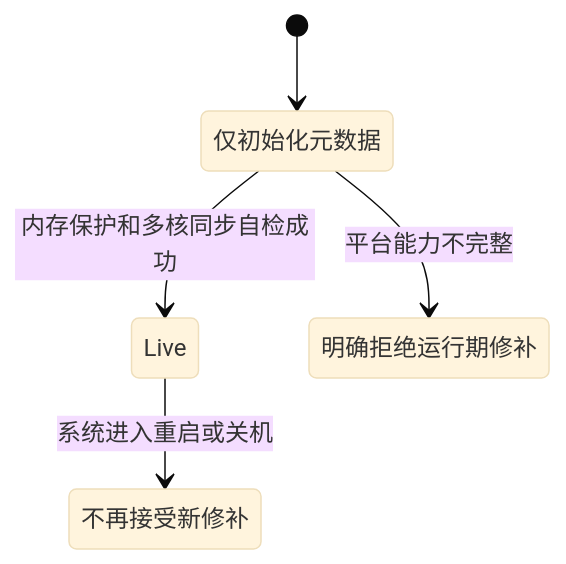
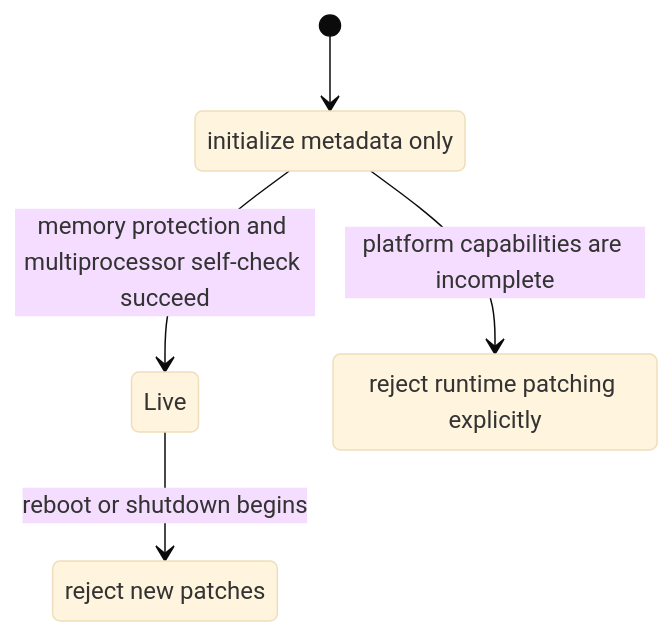
The third of 3 diagrams in docs/kernel/trace/text_patching.md (DragonOS-Community/DragonOS), drawn with Mermaid (base theme) before and after one commit. The commit also changed other lines of this file and 2058 other files, not shown here.

````diff
--- a/docs/kernel/trace/text_patching.md
+++ b/docs/kernel/trace/text_patching.md
@@ -149,10 +156,10 @@
 ```mermaid
 stateDiagram-v2
     [*] --> Early
-    Early: 仅初始化元数据
-    Early --> Live: 内存保护和多核同步自检成功
-    Early --> Unavailable: 平台能力不完整
-    Live --> Quiesced: 系统进入重启或关机
-    Quiesced: 不再接受新修补
-    Unavailable: 明确拒绝运行期修补
+    Early: initialize metadata only
+    Early --> Live: memory protection and multiprocessor self-check succeed
+    Early --> Unavailable: platform capabilities are incomplete
+    Live --> Quiesced: reboot or shutdown begins
+    Quiesced: reject new patches
+    Unavailable: reject runtime patching explicitly
 ```
````
